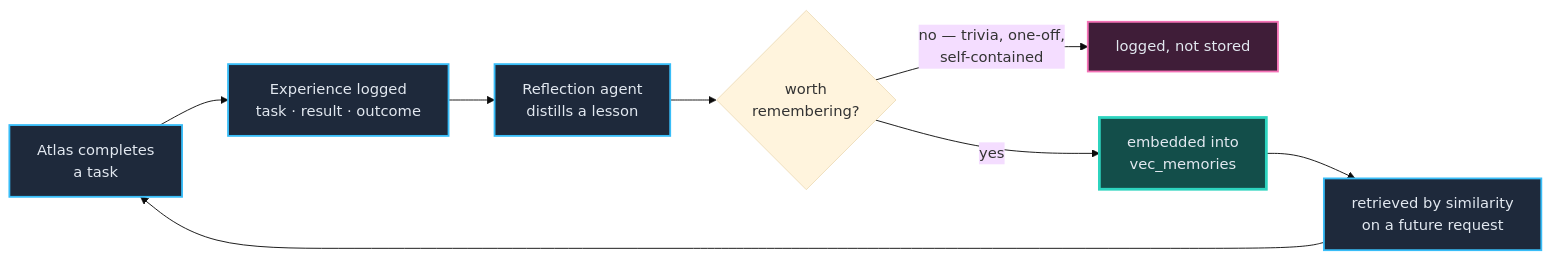
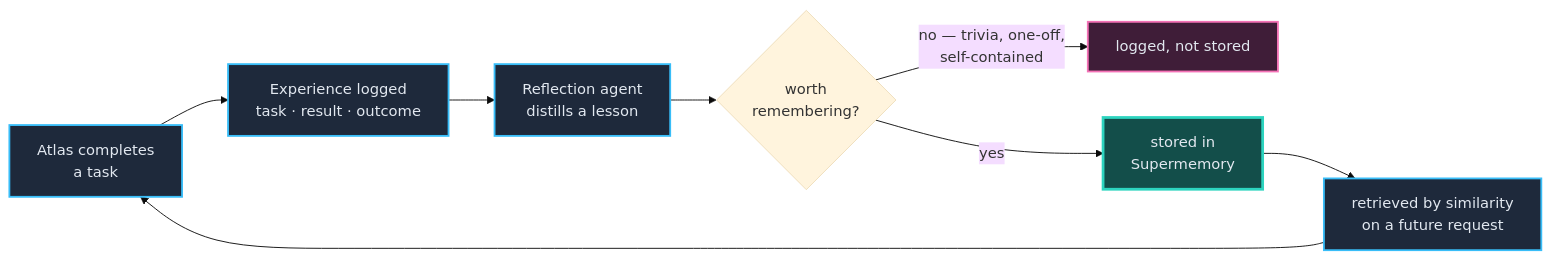
One commit to aizen2006/Atlas-local changed the third of 3 diagrams in README.md. Above: the diagram before and after it, drawn with Mermaid (base theme). The commit also changed other lines of this file and 12 other files, not shown here.

````diff
--- a/README.md
+++ b/README.md
@@ -111,17 +115,17 @@
 ```mermaid
 flowchart LR
     A["Atlas completes<br/>a task"] --> B["Experience logged<br/>task · result · outcome"]
     B --> C["Reflection agent<br/>distills a lesson"]
     C --> D{"worth<br/>remembering?"}
     D -->|"no — trivia, one-off,<br/>self-contained"| X["logged, not stored"]
-    D -->|"yes"| M["embedded into<br/>vec_memories"]
+    D -->|"yes"| M["stored in<br/>Supermemory"]
     M --> S["retrieved by similarity<br/>on a future request"]
     S --> A
 
     classDef flow fill:#1E293B,stroke:#38BDF8,stroke-width:2px,color:#E2E8F0
     classDef keep fill:#134E4A,stroke:#2DD4BF,stroke-width:3px,color:#E2E8F0
     classDef drop fill:#3F1D38,stroke:#F472B6,stroke-width:2px,color:#E2E8F0
     class A,B,C,S flow
     class M keep
     class X drop
 ```
````
